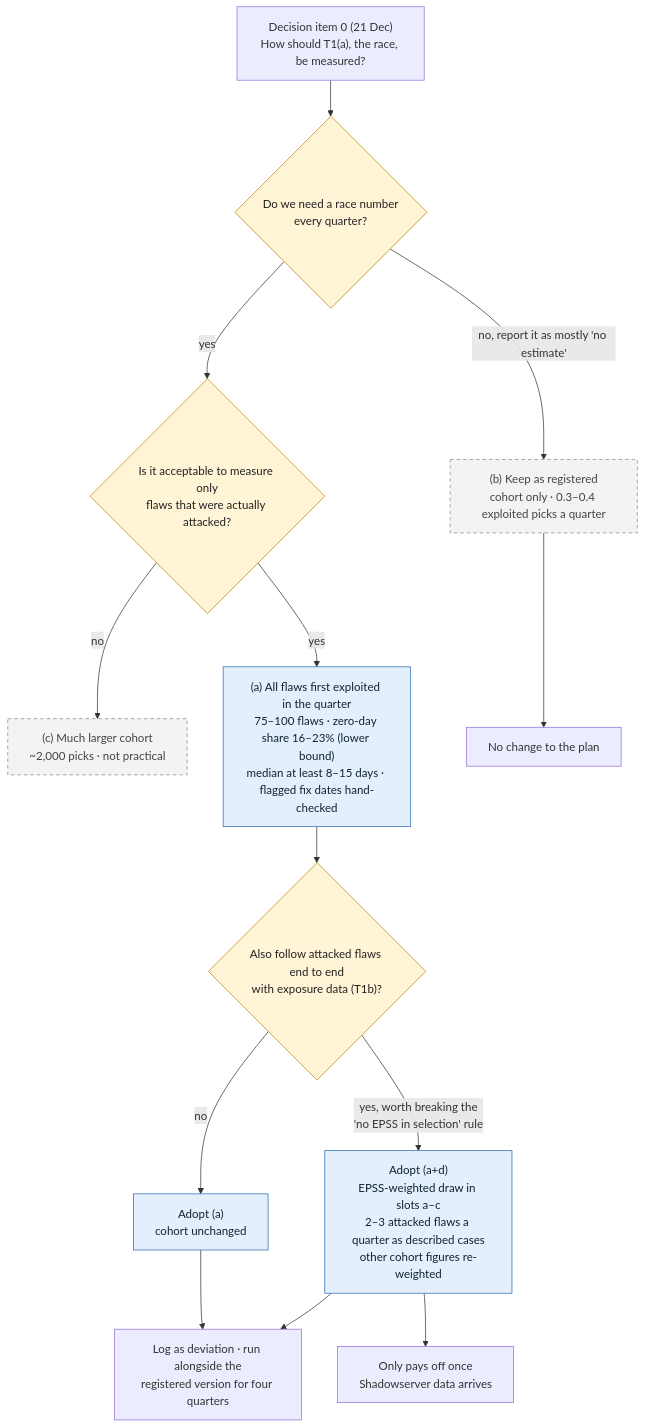
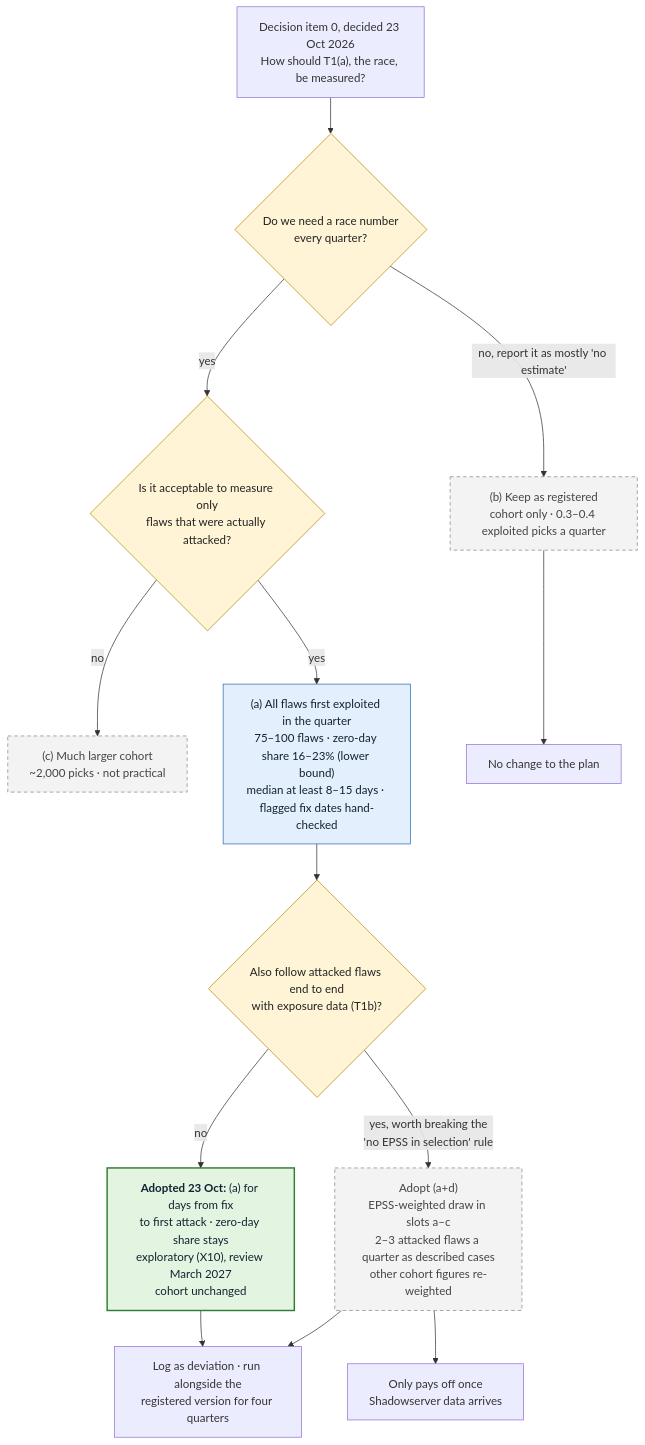
Before and after one commit to pagagne/internet-security-snapshot: the diagram in docs/diagrams/t1_decision.mmd, drawn with Mermaid. The commit also changed 10 other files, not shown here.

First line of the commit message:
Race measure decided (author, 23 Oct): option (a) for days from fix to first attack, zero-day share stays exploratory (X10) until a year of data; deviation logged; decision items 0 and 7, T1 paper, Track B, decision tree, calendar and build plan updated

```diff
--- a/docs/diagrams/t1_decision.mmd
+++ b/docs/diagrams/t1_decision.mmd
@@ -1,21 +1,24 @@
 flowchart TD
-  Q["Decision item 0 (21 Dec)<br/>How should T1(a), the race, be measured?"]
+  Q["Decision item 0, decided 23 Oct 2026<br/>How should T1(a), the race, be measured?"]
   Q --> A1{"Do we need a race number<br/>every quarter?"}
   A1 -- "no, report it as mostly 'no estimate'" --> B["(b) Keep as registered<br/>cohort only · 0.3–0.4 exploited picks a quarter"]
   A1 -- yes --> A2{"Is it acceptable to measure only<br/>flaws that were actually attacked?"}
   A2 -- no --> C["(c) Much larger cohort<br/>~2,000 picks · not practical"]
   A2 -- yes --> A["(a) All flaws first exploited in the quarter<br/>75–100 flaws · zero-day share 16–23% (lower bound)<br/>median at least 8–15 days · flagged fix dates hand-checked"]
   A --> A3{"Also follow attacked flaws end to end<br/>with exposure data (T1b)?"}
-  A3 -- "no" --> AFIN["Adopt (a)<br/>cohort unchanged"]
+  A3 -- "no" --> AFIN["<b>Adopted 23 Oct:</b> (a) for days from fix<br/>to first attack · zero-day share stays<br/>exploratory (X10), review March 2027<br/>cohort unchanged"]
   A3 -- "yes, worth breaking the<br/>'no EPSS in selection' rule" --> AD["Adopt (a+d)<br/>EPSS-weighted draw in slots a–c<br/>2–3 attacked flaws a quarter as described cases<br/>other cohort figures re-weighted"]
   AD --> W["Only pays off once<br/>Shadowserver data arrives"]
   AFIN --> LOG["Log as deviation · run alongside the<br/>registered version for four quarters"]
   AD --> LOG
   B --> LOG2["No change to the plan"]
 
   classDef dec fill:#fff4d6,stroke:#b8860b,color:#222
   classDef out fill:#e3effc,stroke:#2a6bb5,color:#123
   classDef weak fill:#f3f3f3,stroke:#888,stroke-dasharray:5 4,color:#444
   class A1,A2,A3 dec
-  class AFIN,AD,A out
+  classDef chosen fill:#e3f5e1,stroke:#2e7d32,stroke-width:2px,color:#123
+  class A out
+  class AFIN chosen
+  class AD weak
   class B,C weak
```
